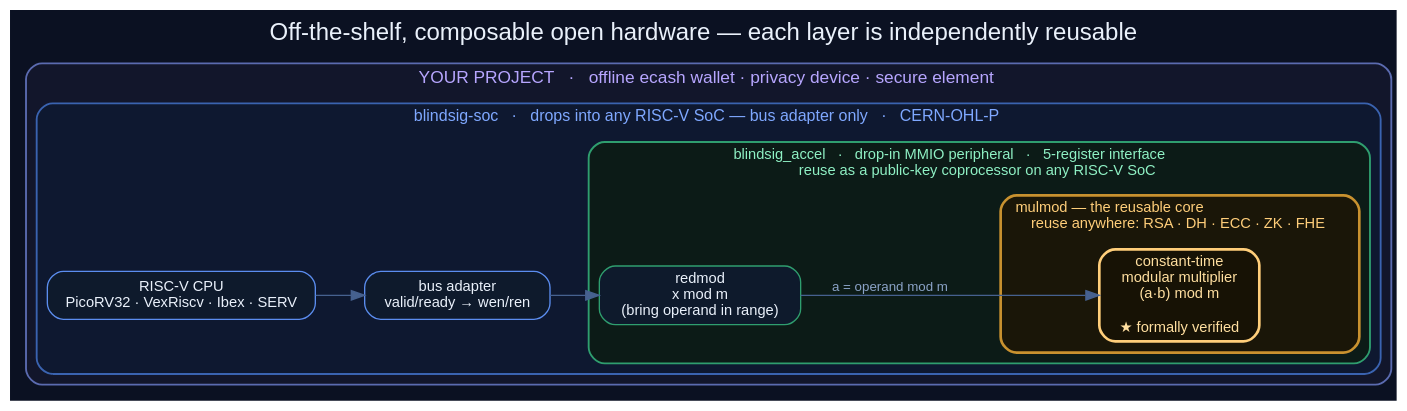
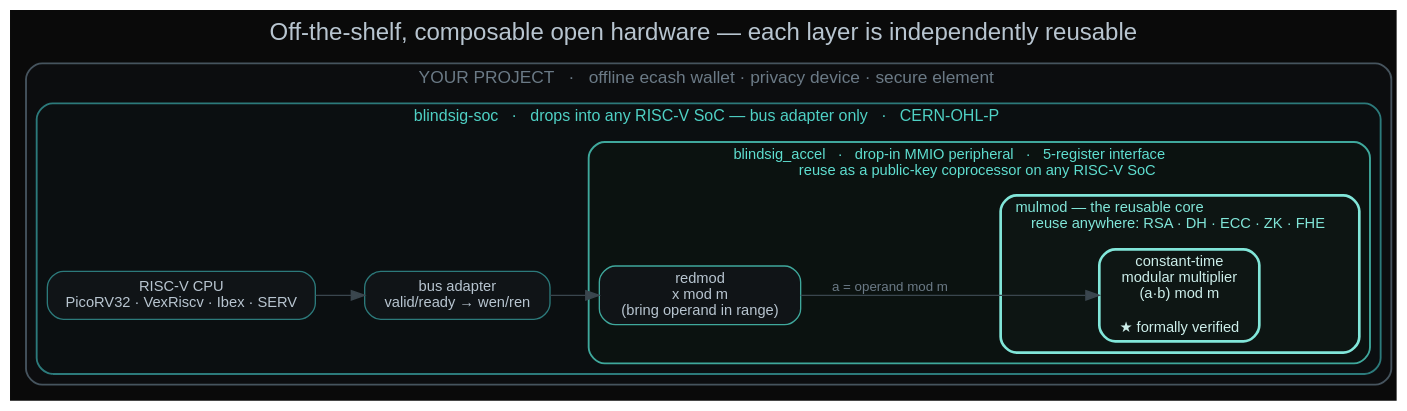
One commit to cong-or/blindsig-accel changed the diagram in doc/composability.dot. Above: the diagram before and after it, drawn with Graphviz. The commit also changed 5 other files, not shown here.

First line of the commit message:
Bring README diagrams onto the blindsig-hardware.org palette

```diff
--- a/doc/composability.dot
+++ b/doc/composability.dot
@@ -1,46 +1,46 @@
-// composability.dot — nested, reusable open-hardware layers (blueprint theme)
+// composability.dot — nested, reusable open-hardware layers (blindsig-hardware.org theme)
 // Generate: dot -Tsvg composability.dot -o composability.svg
 //           dot -Tpng -Gdpi=140 composability.dot -o composability.png
 
 digraph composability {
   rankdir=LR;
-  bgcolor="#0b1122";
-  fontname="Helvetica"; fontsize=18; labelloc="t"; fontcolor="#eaf1fb";
+  bgcolor="#0a0a0a";
+  fontname="Helvetica"; fontsize=18; labelloc="t"; fontcolor="#b8c5d0";
   label="Off-the-shelf, composable open hardware — each layer is independently reusable";
-  node  [fontname="Helvetica", fontsize=11, shape=box, style="filled,rounded", fontcolor="#eaf1fb"];
-  edge  [fontname="Helvetica", fontsize=10, color="#46618f", fontcolor="#8ba3c7"];
+  node  [fontname="Helvetica", fontsize=11, shape=box, style="filled,rounded", fontcolor="#b8c5d0"];
+  edge  [fontname="Helvetica", fontsize=10, color="#3a464e", fontcolor="#6b7a86"];
 
   subgraph cluster_project {
-    style="rounded,filled"; fillcolor="#12162b"; color="#5b6bb0"; penwidth=1.4;
+    style="rounded,filled"; fillcolor="#0c0d0f"; color="#46545e"; penwidth=1.4;
     label="  YOUR PROJECT   ·   offline ecash wallet · privacy device · secure element  ";
-    fontcolor="#b7a6ff"; fontsize=13;
+    fontcolor="#6b7a86"; fontsize=13;
 
     subgraph cluster_soc {
-      style="rounded,filled"; fillcolor="#0e1830"; color="#3a63b0"; penwidth=1.4;
+      style="rounded,filled"; fillcolor="#0b0f11"; color="#2c7a7b"; penwidth=1.4;
       label="  blindsig-soc   ·   drops into any RISC-V SoC — bus adapter only   ·   CERN-OHL-P  ";
-      fontcolor="#7fa8ff"; fontsize=12;
+      fontcolor="#4fd1c5"; fontsize=12;
 
-      cpu [label="RISC-V CPU\nPicoRV32 · VexRiscv · Ibex · SERV", fillcolor="#0e1a2c", color="#5b8def"];
-      bus [label="bus adapter\nvalid/ready → wen/ren", fillcolor="#0e1a2c", color="#5b8def"];
+      cpu [label="RISC-V CPU\nPicoRV32 · VexRiscv · Ibex · SERV", fillcolor="#101417", color="#2c7a7b"];
+      bus [label="bus adapter\nvalid/ready → wen/ren", fillcolor="#101417", color="#2c7a7b"];
 
       subgraph cluster_accel {
-        style="rounded,filled"; fillcolor="#0c1b17"; color="#2f9e6f"; penwidth=1.4;
+        style="rounded,filled"; fillcolor="#0b1210"; color="#3fa89c"; penwidth=1.4;
         label="  blindsig_accel   ·   drop-in MMIO peripheral   ·   5-register interface\l  reuse as a public-key coprocessor on any RISC-V SoC  ";
-        fontcolor="#8ff0c4"; fontsize=11;
+        fontcolor="#5fded0"; fontsize=11;
 
-        redmod [label="redmod\nx mod m\n(bring operand in range)", fillcolor="#0e1a2c", color="#2f9e6f"];
+        redmod [label="redmod\nx mod m\n(bring operand in range)", fillcolor="#101417", color="#3fa89c"];
 
         subgraph cluster_core {
-          style="rounded,filled"; fillcolor="#1a1608"; color="#c8912f"; penwidth=2;
+          style="rounded,filled"; fillcolor="#0d1513"; color="#81e6d9"; penwidth=2;
           label="  mulmod — the reusable core\l  reuse anywhere: RSA · DH · ECC · ZK · FHE  ";
-          fontcolor="#ffce7a"; fontsize=11;
-          mulmod [label="constant-time\nmodular multiplier\n(a·b) mod m\n\n★ formally verified", fillcolor="#171205", color="#ffce7a", penwidth=2, fontcolor="#ffdfa0"];
+          fontcolor="#81e6d9"; fontsize=11;
+          mulmod [label="constant-time\nmodular multiplier\n(a·b) mod m\n\n★ formally verified", fillcolor="#0e1614", color="#81e6d9", penwidth=2, fontcolor="#cdeeea"];
         }
       }
     }
   }
 
   cpu -> bus;
   bus -> redmod;
   redmod -> mulmod [label="a = operand mod m"];
 }
```
